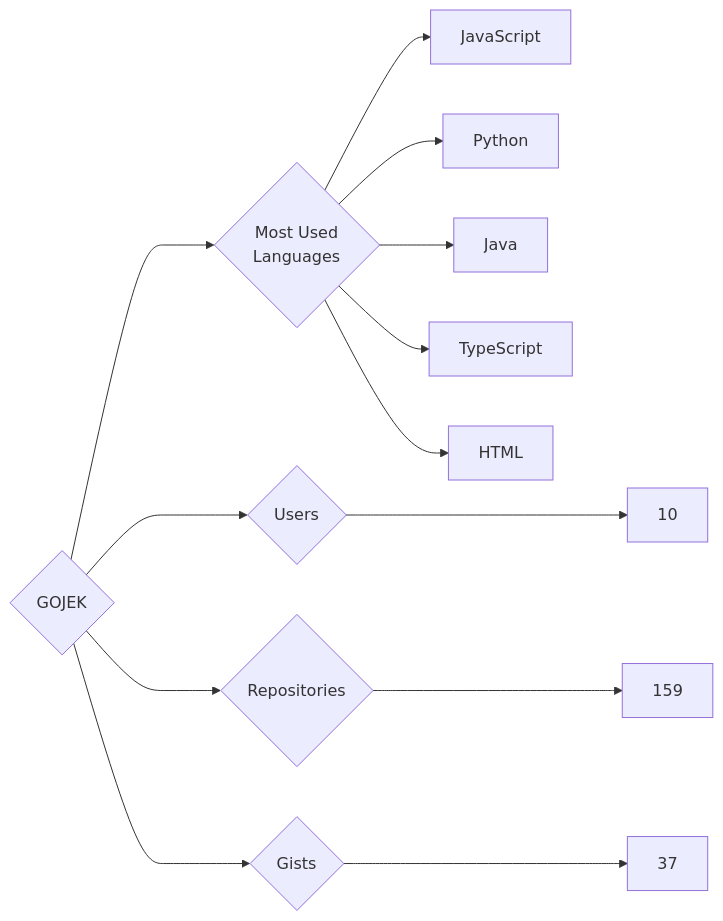
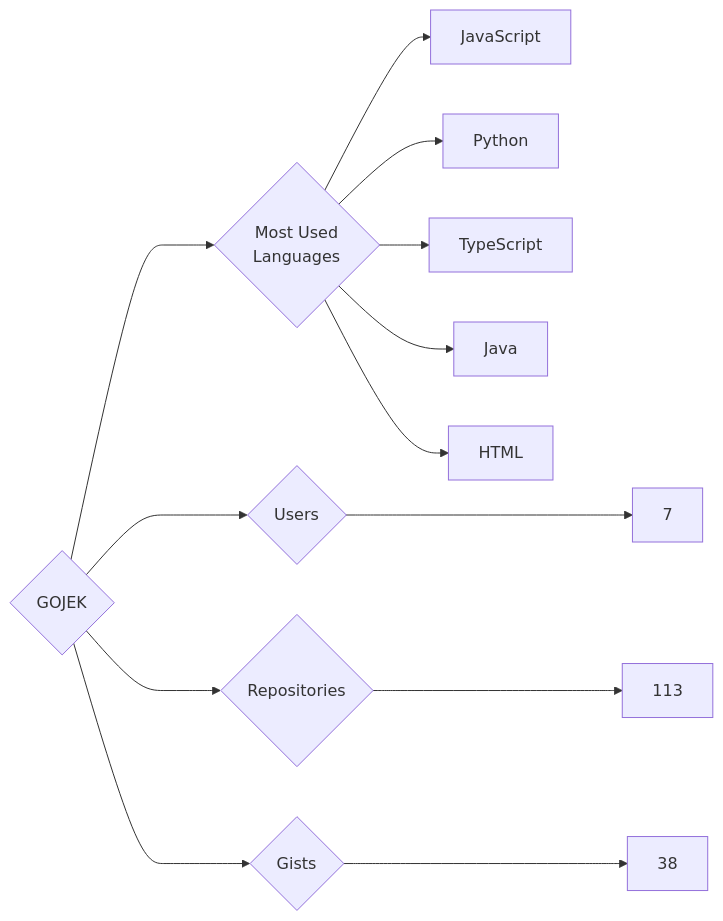
One commit to trickest/insiders changed the diagram in targets/GOJEK/README.md. Above: the diagram before and after it, drawn with Mermaid. The commit also changed 1055 other files, not shown here.

````diff
--- a/targets/GOJEK/README.md
+++ b/targets/GOJEK/README.md
@@ -3,13 +3,13 @@
 ```mermaid
 graph LR
 COMPANY_NAME{GOJEK}
-COMPANY_NAME ---> U{Users} ---> UN[10]
-COMPANY_NAME ---> R{Repositories} ---> RN[159]
-COMPANY_NAME ---> G{Gists} ---> GN[37]
+COMPANY_NAME ---> U{Users} ---> UN[7]
+COMPANY_NAME ---> R{Repositories} ---> RN[113]
+COMPANY_NAME ---> G{Gists} ---> GN[38]
 COMPANY_NAME ---> ML{Most Used<br>Languages}
 ML --> JavaScript[JavaScript]
 ML --> Python[Python]
+ML --> TypeScript[TypeScript]
 ML --> Java[Java]
-ML --> TypeScript[TypeScript]
 ML --> HTML[HTML]
 ```
````
